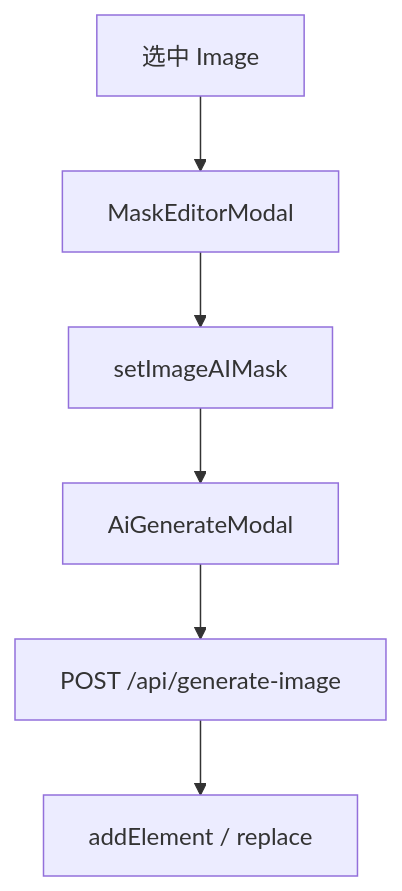
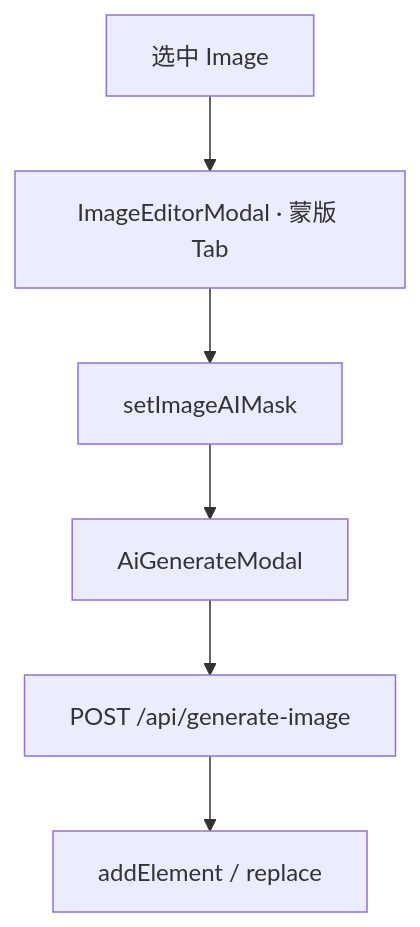
Before and after one commit to chenjialin555/ai-canvas: the ninth of 11 diagrams in doc/PROJECT_ARCHITECTURE.md, drawn with Mermaid. The commit also changed other lines of this file and 108 other files, not shown here.

````diff
--- a/doc/PROJECT_ARCHITECTURE.md
+++ b/doc/PROJECT_ARCHITECTURE.md
@@ -574,8 +581,8 @@
 ```mermaid
 flowchart TB
-  A[选中 Image] --> B[MaskEditorModal]
+  A[选中 Image] --> B[ImageEditorModal · 蒙版 Tab]
   B --> C["setImageAIMask"]
   C --> D[AiGenerateModal]
   D --> E["POST /api/generate-image"]
   E --> F["addElement / replace"]
 ```
````
